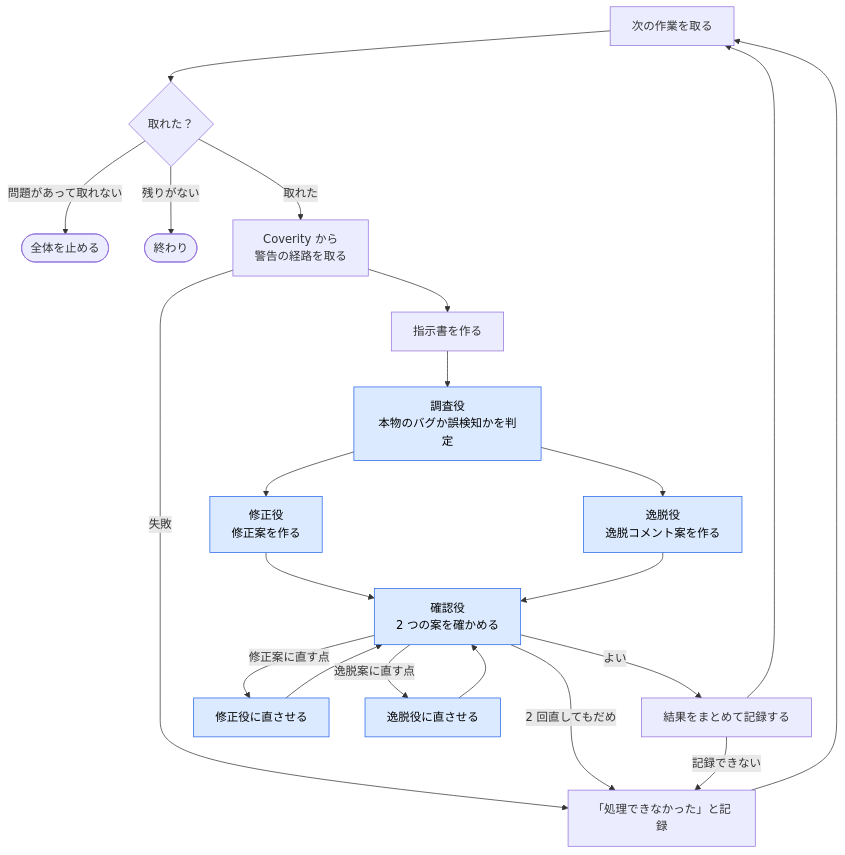
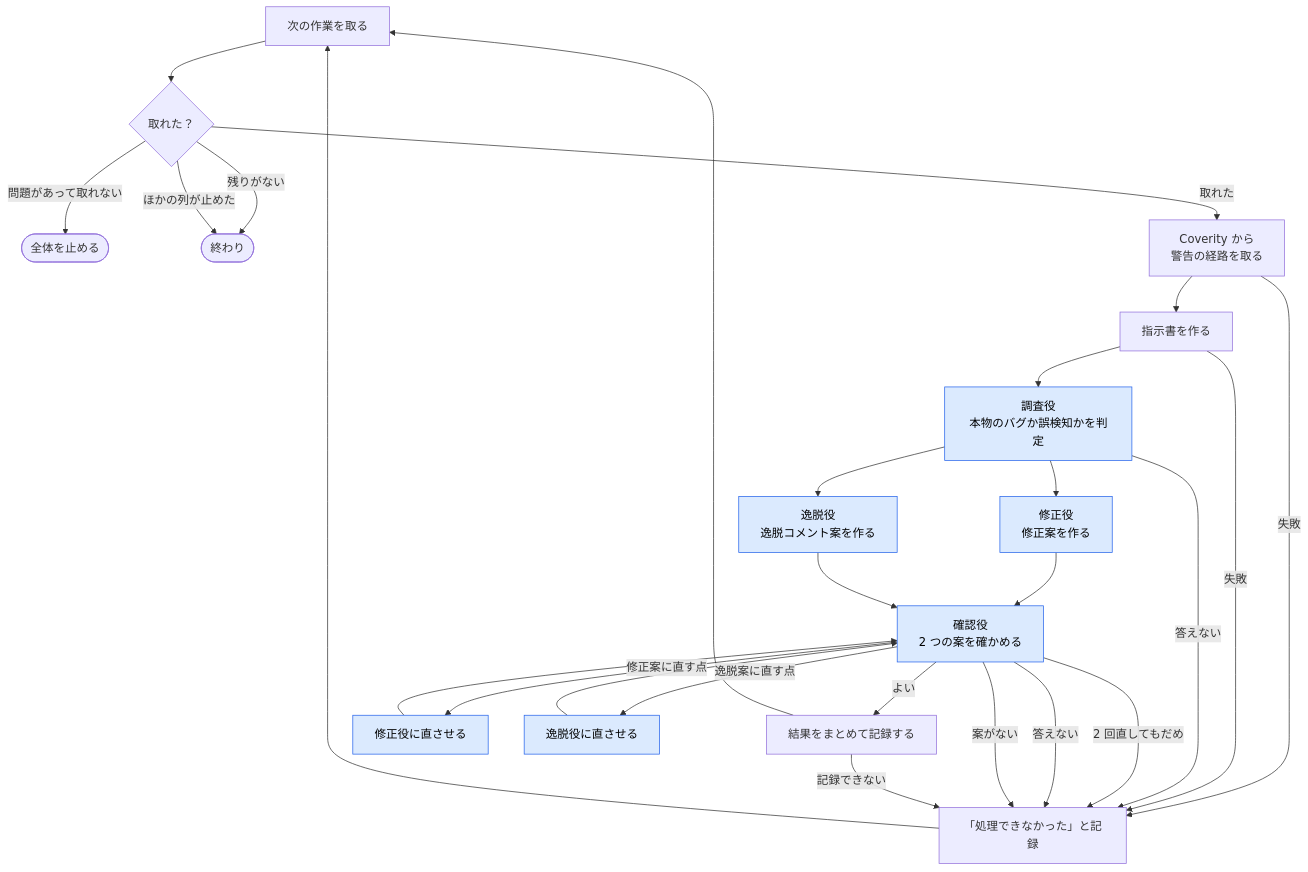
The second of 2 diagrams in plugins/coverity-triage/workflow/coverity-triage-run.md (imaeda-hub/coverity-triage-agent), drawn with Mermaid before and after one commit. The commit also changed other lines of this file and 4 other files, not shown here.

````diff
--- a/plugins/coverity-triage/workflow/coverity-triage-run.md
+++ b/plugins/coverity-triage/workflow/coverity-triage-run.md
@@ -35,26 +36,31 @@
 ```mermaid
 flowchart TD
     L1["次の作業を取る"] --> L2{"取れた？"}
     L2 -- "問題があって取れない" --> L9(["全体を止める"])
     L2 -- "残りがない" --> L10(["終わり"])
+    L2 -- "ほかの列が止めた" --> L10
     L2 -- "取れた" --> L3["Coverity から<br>警告の経路を取る"]
     L3 -- "失敗" --> L8
     L3 --> L4["指示書を作る"]
+    L4 -- "失敗" --> L8
     L4 --> L5["調査役<br>本物のバグか誤検知かを判定"]
+    L5 -- "答えない" --> L8
     L5 --> L12["修正役<br>修正案を作る"]
     L5 --> L13["逸脱役<br>逸脱コメント案を作る"]
     L12 --> L14["確認役<br>2 つの案を確かめる"]
     L13 --> L14
     L14 -- "よい" --> L6["結果をまとめて記録する"]
     L14 -- "修正案に直す点" --> L16["修正役に直させる"]
     L14 -- "逸脱案に直す点" --> L17["逸脱役に直させる"]
     L16 --> L14
     L17 --> L14
     L14 -- "2 回直してもだめ" --> L8["「処理できなかった」と記録"]
+    L14 -- "答えない" --> L8
+    L14 -- "案がない" --> L8
     L6 -- "記録できない" --> L8
     L6 --> L1
     L8 --> L1
 
     classDef ai fill:#dbeafe,stroke:#2563eb,color:#000
     class L5,L12,L13,L14,L16,L17 ai
 ```
````
